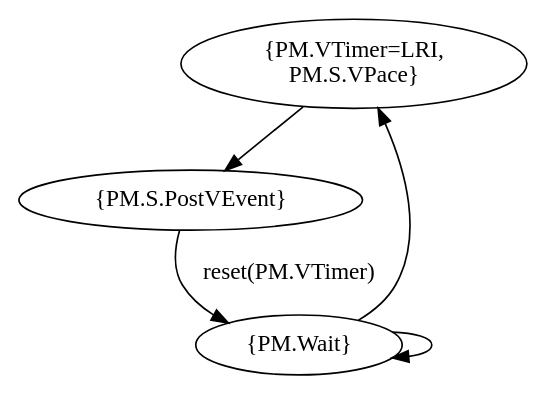
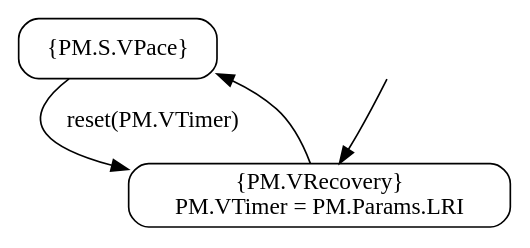
One commit to juodaspaulius/BehavioralClafer changed the diagram in pacemaker-case-study/pacemaker-model/Modes/voo.dot. Above: the diagram before and after it, drawn with Graphviz. The commit also changed 13 other files, not shown here.

```diff
--- a/pacemaker-case-study/pacemaker-model/Modes/voo.dot
+++ b/pacemaker-case-study/pacemaker-model/Modes/voo.dot
@@ -1,9 +1,14 @@
 digraph {
-  1 [label="{PM.VTimer=LRI,\n PM.S.VPace}"];
-  4 [label="{PM.S.PostVEvent}"]
-  3 [label="{PM.Wait}"];
-  1->4;
-  4->3 [label = "reset(PM.VTimer)"]
-  3->3;
-  3->1;
+  splines=true;
+  sep="+25,25";
+overlap=scalexy;
+nodesep=0.6;
+	node [style=rounded shape=box];
+1 [label = "{PM.S.VPace}"];
+2 [label = "{PM.VRecovery}\nPM.VTimer = PM.Params.LRI"];
+ hidden [style=invis];
+
+  hidden -> 2;
+2->1
+  1->2 [label="reset(PM.VTimer)"];
 }
```
